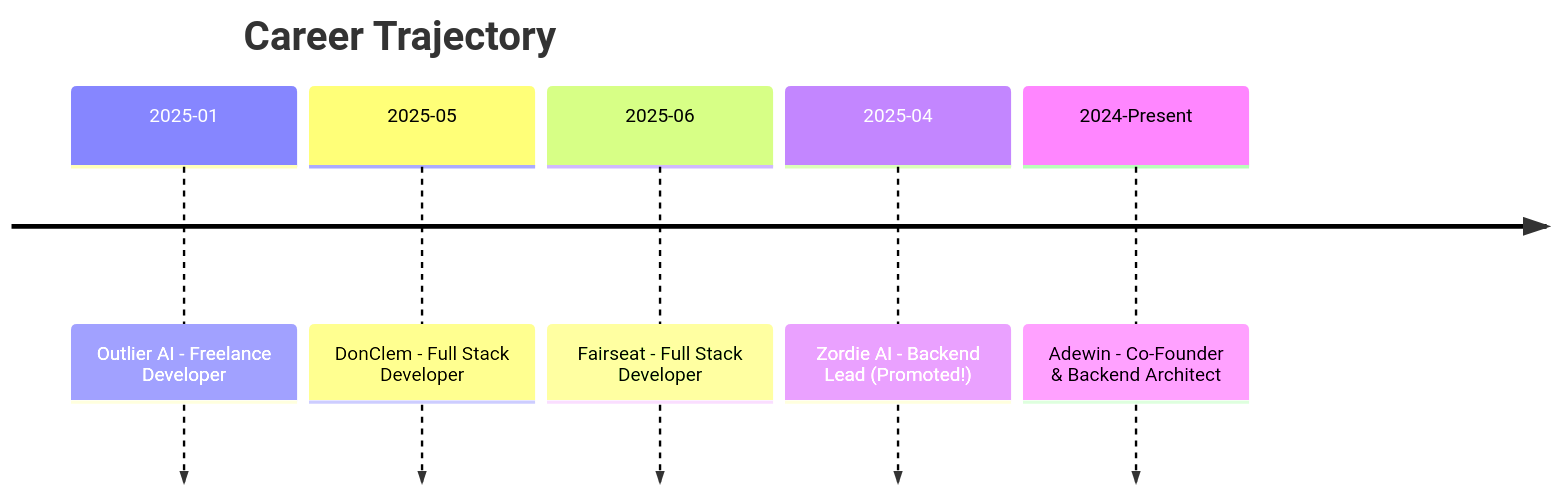
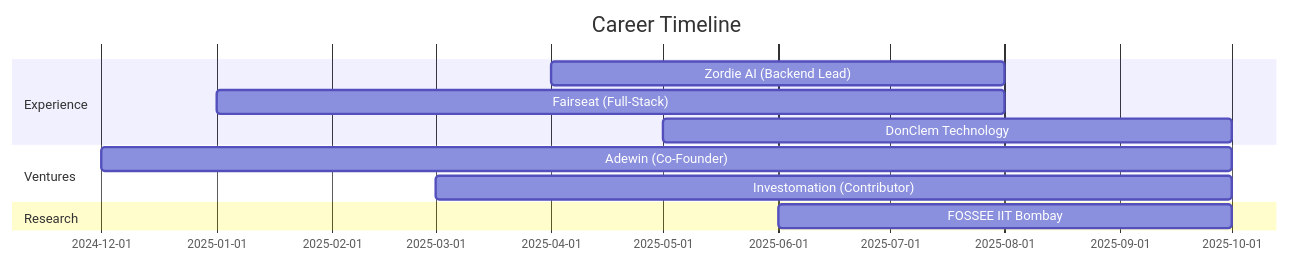
The diagram in README.md (pavannani99/pavannani99), drawn with Mermaid before and after one commit. The commit also changed other lines of this file, not shown here.

````diff
--- a/README.md
+++ b/README.md
@@ -225,9 +223,14 @@
 ```mermaid
-timeline
-    title Career Trajectory
-    2025-01 : Outlier AI - Freelance Developer
-    2025-05 : DonClem - Full Stack Developer
-    2025-06 : Fairseat - Full Stack Developer  
-    2025-04 : Zordie AI - Backend Lead (Promoted!)
-    2024-Present : Adewin - Co-Founder & Backend Architect
+gantt
+    title Career Timeline
+    dateFormat  YYYY-MM
+    section Experience
+    Zordie AI (Backend Lead)           :2025-04, 2025-08
+    Fairseat (Full-Stack)              :2025-01, 2025-08
+    DonClem Technology                 :2025-05, 2025-10
+    section Ventures
+    Adewin (Co-Founder)                :2024-12, 2025-10
+    Investomation (Contributor)        :2025-03, 2025-10
+    section Research
+    FOSSEE IIT Bombay                  :2025-06, 2025-10
 ```
````
